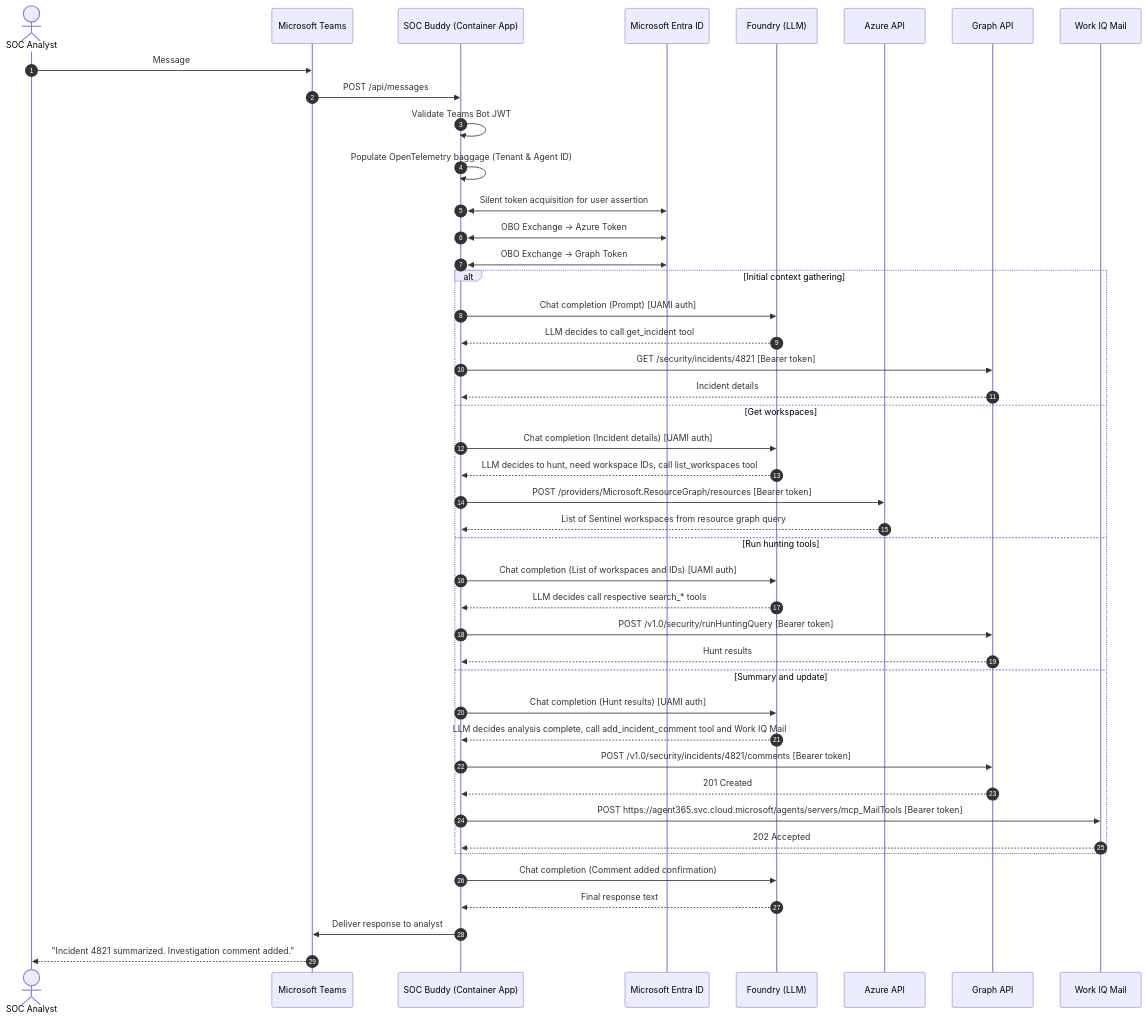
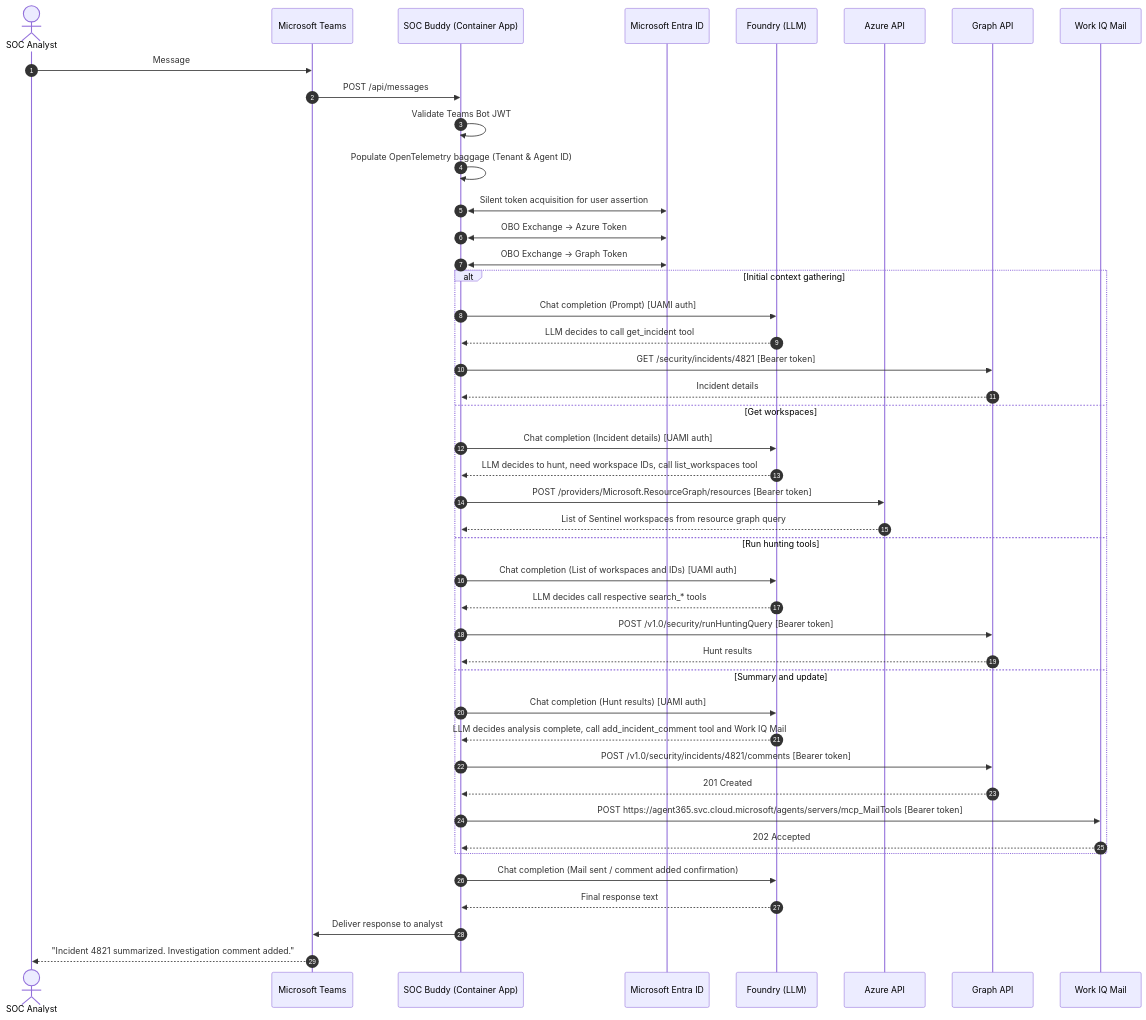
One commit to joetanx/soc-buddy changed the third of 4 diagrams in DESIGN.md. Above: the diagram before and after it, drawn with Mermaid.

````diff
--- a/DESIGN.md
+++ b/DESIGN.md
@@ -188,56 +188,56 @@
 ```mermaid
 sequenceDiagram
     autonumber
     actor Analyst as SOC Analyst
     participant Teams as Microsoft Teams
     participant App as SOC Buddy (Container App)
     participant Entra as Microsoft Entra ID
     participant Foundry as Foundry (LLM)
     participant Azure as Azure API
     participant Graph as Graph API
     participant WorkIQ as Work IQ Mail
 
     Analyst->>Teams: Message
     Teams->>App: POST /api/messages
     App->>App: Validate Teams Bot JWT
     App->>App: Populate OpenTelemetry baggage (Tenant & Agent ID)
 
     App<<->>Entra: Silent token acquisition for user assertion
     App<<->>Entra: OBO Exchange -> Azure Token
     App<<->>Entra: OBO Exchange -> Graph Token
 
     alt Initial context gathering
         App->>Foundry: Chat completion (Prompt) [UAMI auth]
         Foundry-->>App: LLM decides to call get_incident tool
 
         App->>Graph: GET /security/incidents/4821 [Bearer token]
         Graph-->>App: Incident details
     else Get workspaces
         App->>Foundry: Chat completion (Incident details) [UAMI auth]
         Foundry-->>App: LLM decides to hunt, need workspace IDs, call list_workspaces tool
 
         App->>Azure: POST /providers/Microsoft.ResourceGraph/resources [Bearer token]
         Azure-->>App: List of Sentinel workspaces from resource graph query
     else Run hunting tools
         App->>Foundry: Chat completion (List of workspaces and IDs) [UAMI auth]
         Foundry-->>App: LLM decides call respective search_* tools
 
         App->>Graph: POST /v1.0/security/runHuntingQuery [Bearer token]
         Graph-->>App: Hunt results
     else Summary and update
         App->>Foundry: Chat completion (Hunt results) [UAMI auth]
         Foundry-->>App: LLM decides analysis complete, call add_incident_comment tool and Work IQ Mail
 
         App->>Graph: POST /v1.0/security/incidents/4821/comments [Bearer token]
         Graph-->>App: 201 Created
 
         App->>WorkIQ: POST https://agent365.svc.cloud.microsoft/agents/servers/mcp_MailTools [Bearer token]
         WorkIQ-->>App: 202 Accepted
     end
 
-    App->>Foundry: Chat completion (Comment added confirmation)
+    App->>Foundry: Chat completion (Mail sent / comment added confirmation)
     Foundry-->>App: Final response text
 
     App->>Teams: Deliver response to analyst
     Teams-->>Analyst: "Incident 4821 summarized. Investigation comment added."
 ```
````
